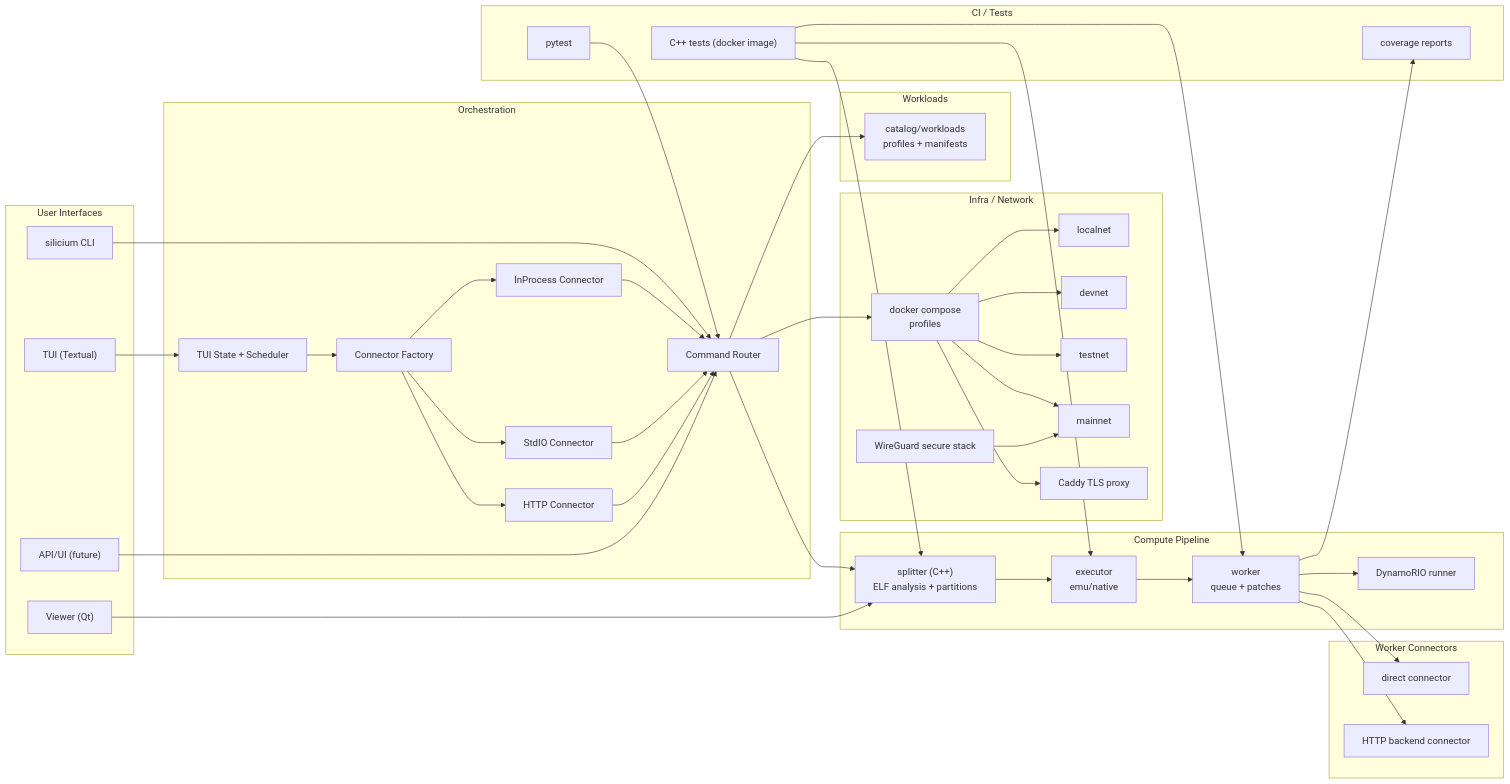
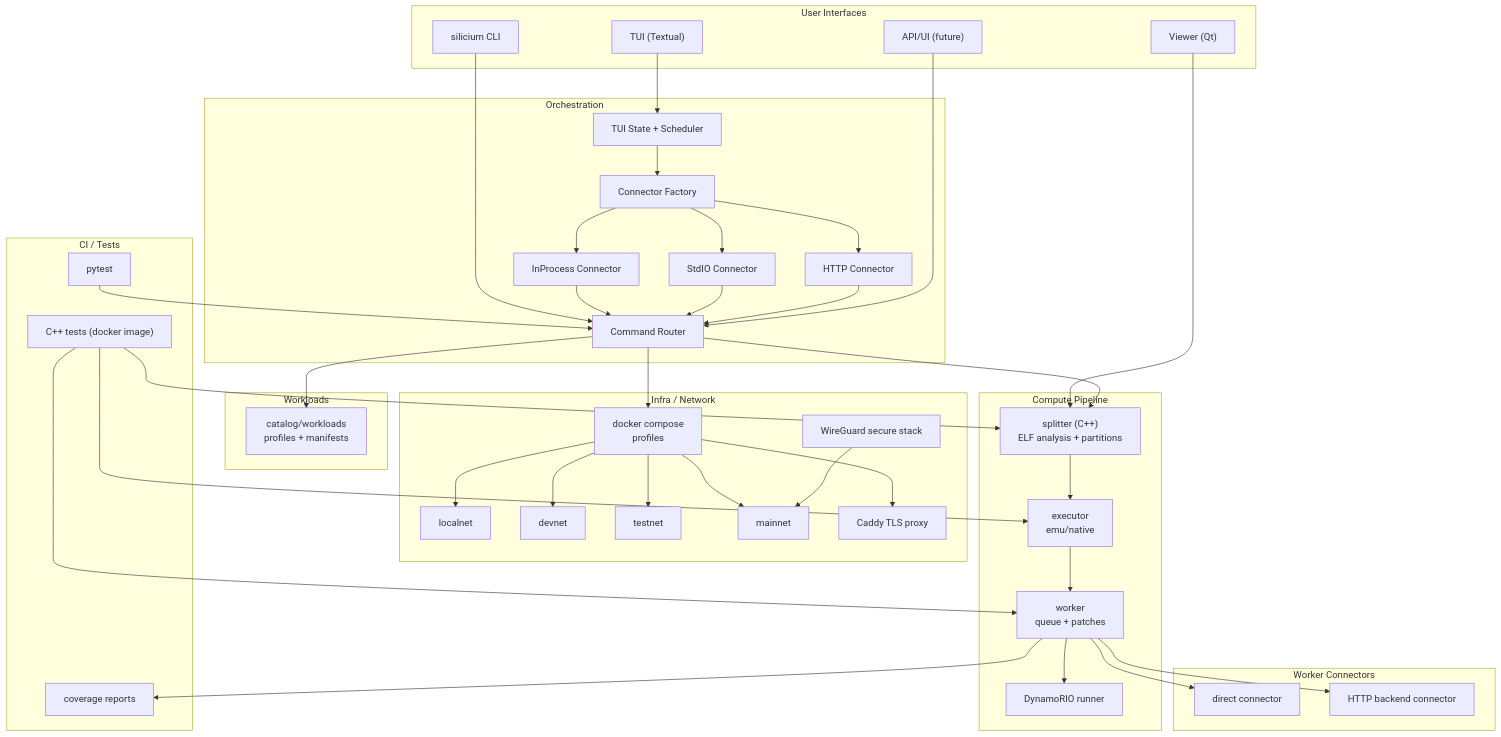
The diagram in README.md (Silicium-Project/Fusion), drawn with Mermaid before and after one commit.

Commit message:
Rework README Mermaid layout

````diff
--- a/README.md
+++ b/README.md
@@ -3,13 +3,14 @@
 ```mermaid
-flowchart LR
-  subgraph UX["User Interfaces"]
+flowchart TB
+  %% Left lane: UI + orchestration + compute
+  subgraph UI["User Interfaces"]
     CLI["silicium CLI"]
     TUI["TUI (Textual)"]
     Viewer["Viewer (Qt)"]
     APIUI["API/UI (future)"]
   end
 
-  subgraph Control["Orchestration"]
+  subgraph Orchestrator["Orchestration"]
     Cmds["Command Router"]
     TUIState["TUI State + Scheduler"]
     ConnFactory["Connector Factory"]
@@ -28,11 +29,17 @@
     Dynamo["DynamoRIO runner"]
   end
 
-  subgraph Catalog["Workloads"]
+  subgraph Workloads["Workloads"]
     Manifests["catalog/workloads
 profiles + manifests"]
   end
 
+  subgraph Connectors["Worker Connectors"]
+    Direct["direct connector"]
+    HttpBackend["HTTP backend connector"]
+  end
+
+  %% Right lane: infra / network
   subgraph Infra["Infra / Network"]
     Compose["docker compose
 profiles"]
@@ -44,37 +51,33 @@
     Wireguard["WireGuard secure stack"]
   end
 
-  subgraph Connectors["Worker Connectors"]
-    Direct["direct connector"]
-    HttpBackend["HTTP backend connector"]
-  end
-
+  %% Bottom lane: CI
   subgraph CI["CI / Tests"]
     PyTests["pytest"]
     CppTests["C++ tests (docker image)"]
     Coverage["coverage reports"]
   end
 
+  %% UI flow
   CLI --> Cmds
-  TUI --> TUIState
-  TUIState --> ConnFactory
+  TUI --> TUIState --> ConnFactory
   ConnFactory --> InProc
   ConnFactory --> StdIO
   ConnFactory --> HttpConn
   InProc --> Cmds
   StdIO --> Cmds
   HttpConn --> Cmds
+  APIUI --> Cmds
+  Viewer --> Splitter
 
+  %% Compute flow
   Cmds --> Manifests
-  Cmds --> Splitter
-  Splitter --> Executor --> Worker
+  Cmds --> Splitter --> Executor --> Worker
   Worker --> Dynamo
   Worker --> Direct
   Worker --> HttpBackend
 
-  Viewer --> Splitter
-  APIUI --> Cmds
-
+  %% Infra flow
   Cmds --> Compose
   Compose --> Localnet
   Compose --> Devnet
@@ -83,6 +86,7 @@
   Compose --> Proxy
   Wireguard --> Mainnet
 
+  %% CI flow
   PyTests --> Cmds
   CppTests --> Splitter
   CppTests --> Executor
````
